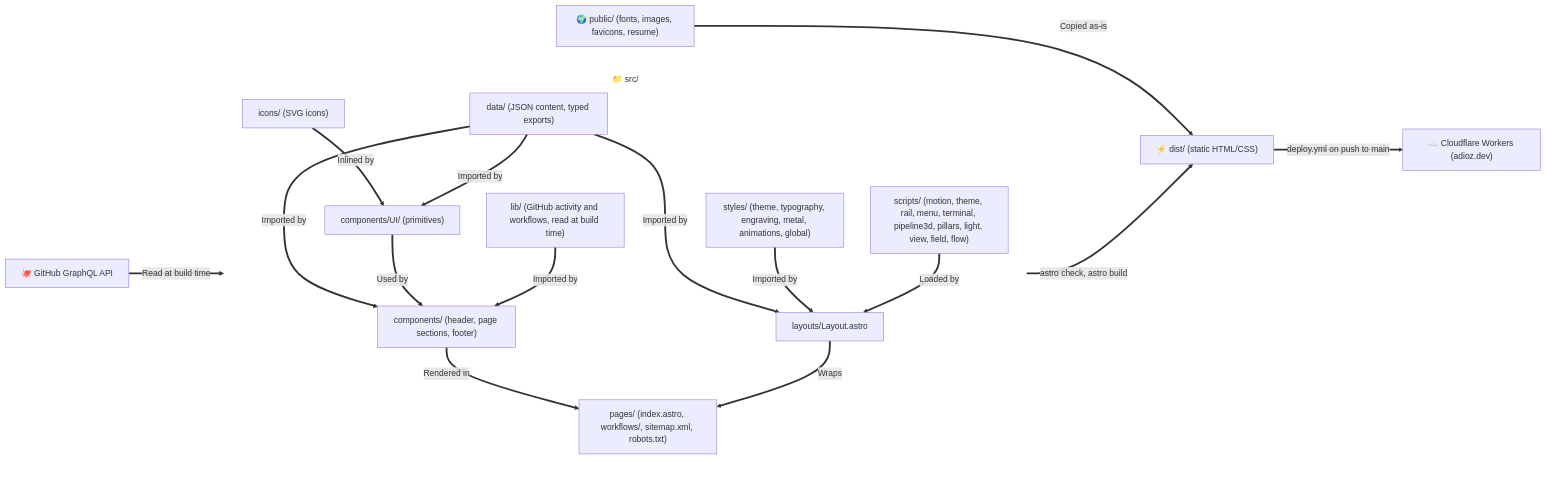
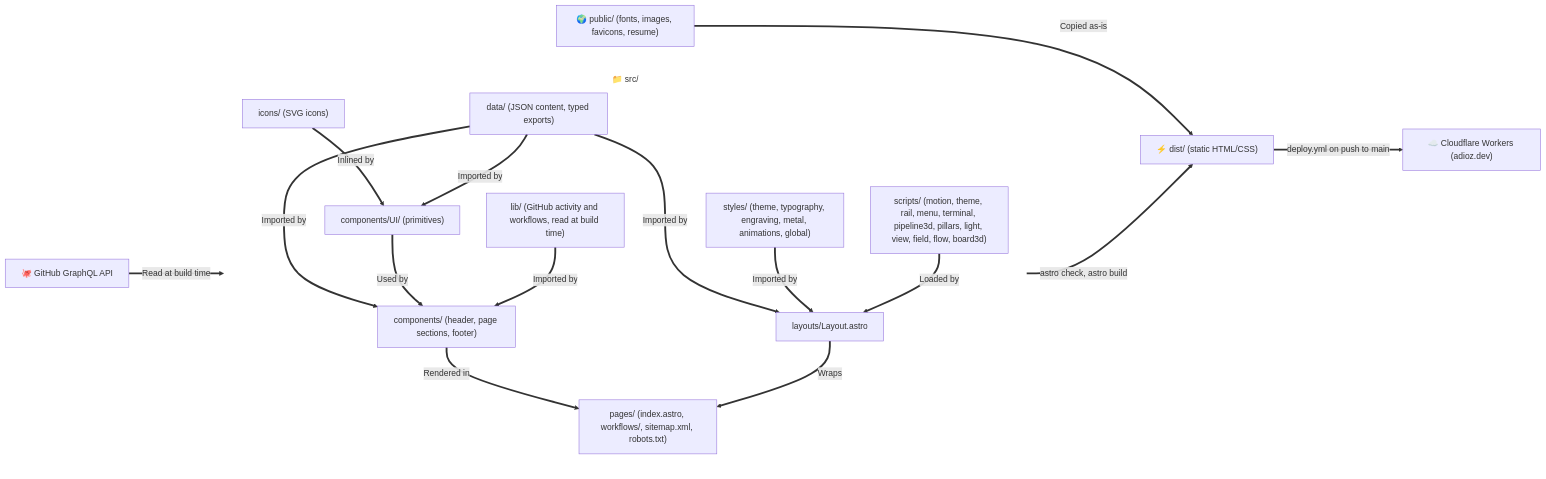
One commit to adiozeshitemi/adioz-profile changed the diagram in docs/architecture.md. Above: the diagram before and after it, drawn with Mermaid. The commit also changed other lines of this file and 2 other files, not shown here.

First line of the commit message:
docs: describe the gold-inlay diagram, the step bar and the 3D board

````diff
--- a/docs/architecture.md
+++ b/docs/architecture.md
@@ -9,36 +9,36 @@
 ```mermaid
 flowchart LR
     %% Define invisible styling for subgraphs to remove backgrounds and borders
     classDef transparent fill:none,stroke:none;
 
     subgraph Src ["📁 src/"]
         direction TB
         Data["data/ (JSON content, typed exports)"]
         Lib["lib/ (GitHub activity and workflows, read at build time)"]
         Styles["styles/ (theme, typography, engraving, metal, animations, global)"]
-        Scripts["scripts/ (motion, theme, rail, menu, terminal, pipeline3d, pillars, light, view, field, flow)"]
+        Scripts["scripts/ (motion, theme, rail, menu, terminal, pipeline3d, pillars, light, view, field, flow, board3d)"]
         Icons["icons/ (SVG icons)"]
         UI["components/UI/ (primitives)"]
         Sections["components/ (header, page sections, footer)"]
         Layout["layouts/Layout.astro"]
         Page["pages/ (index.astro, workflows/, sitemap.xml, robots.txt)"]
     end
 
     Icons ==>|Inlined by| UI
     Data ==>|Imported by| UI
     Data ==>|Imported by| Sections
     UI ==>|Used by| Sections
     Data ==>|Imported by| Layout
     Lib ==>|Imported by| Sections
     GitHub["🐙 GitHub GraphQL API"] ==>|Read at build time| Lib
     Styles ==>|Imported by| Layout
     Scripts ==>|Loaded by| Layout
     Sections ==>|Rendered in| Page
     Layout ==>|Wraps| Page
     Page ==>|astro check, astro build| Dist["⚡ dist/ (static HTML/CSS)"]
     Public["🌍 public/ (fonts, images, favicons, resume)"] ==>|Copied as-is| Dist
     Dist ==>|deploy.yml on push to main| Workers["☁️ Cloudflare Workers (adioz.dev)"]
 
     %% Apply transparent class to subgraphs
     class Src transparent;
 ```
````
